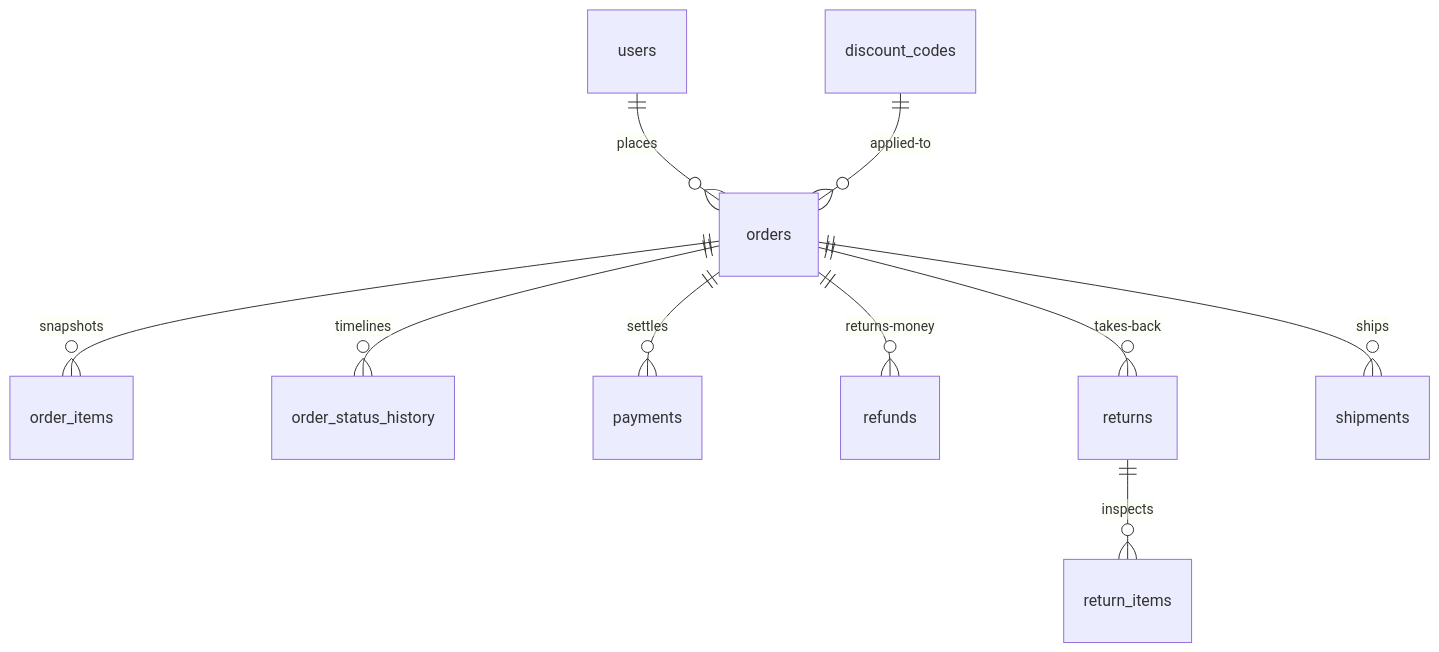
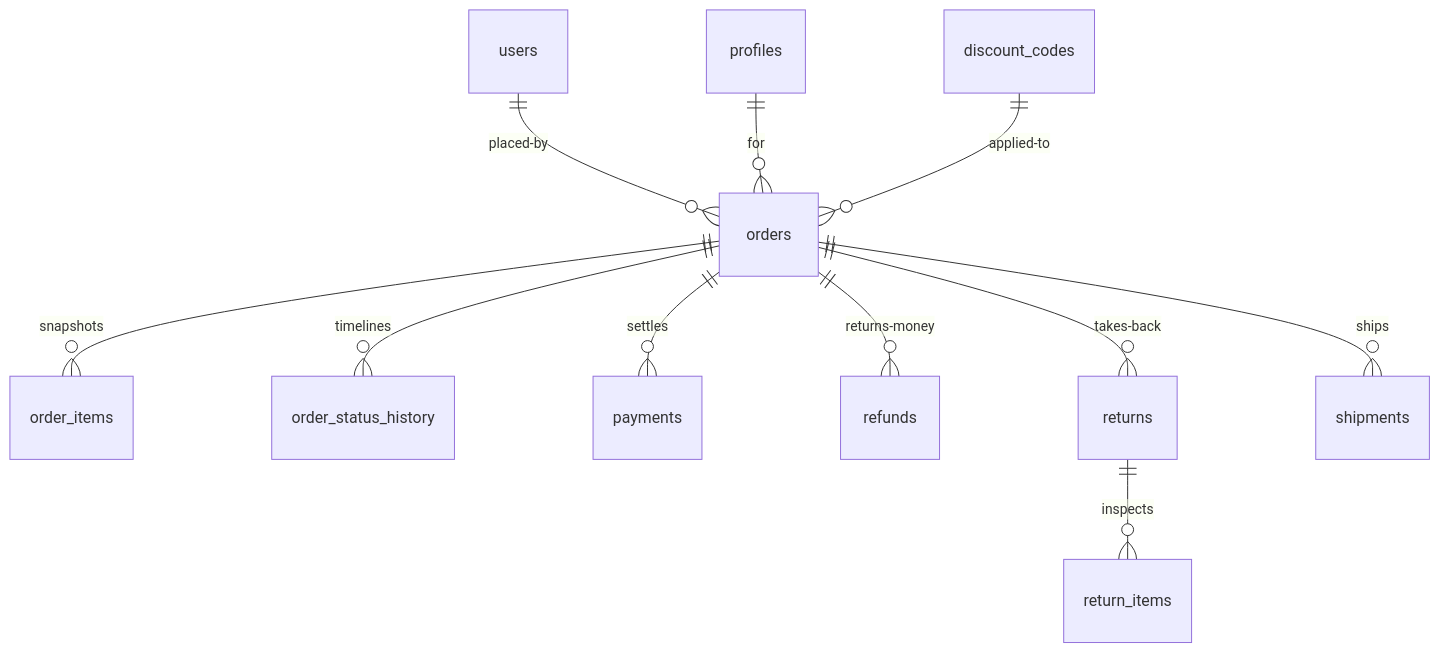
One commit to UnmarriedIdentity/the-unlugged-wear changed the diagram in DOC/backend/06-Orders-Payments.md. Above: the diagram before and after it, drawn with Mermaid. The commit also changed other lines of this file and 9 other files, not shown here.

````diff
--- a/DOC/backend/06-Orders-Payments.md
+++ b/DOC/backend/06-Orders-Payments.md
@@ -164,12 +166,13 @@
 ```mermaid
 erDiagram
-    users ||--o{ orders : places
+    users ||--o{ orders : placed-by
+    profiles ||--o{ orders : for
     discount_codes ||--o{ orders : applied-to
     orders ||--o{ order_items : snapshots
     orders ||--o{ order_status_history : timelines
     orders ||--o{ payments : settles
     orders ||--o{ refunds : returns-money
     orders ||--o{ returns : takes-back
     returns ||--o{ return_items : inspects
     orders ||--o{ shipments : ships
 ```
````
